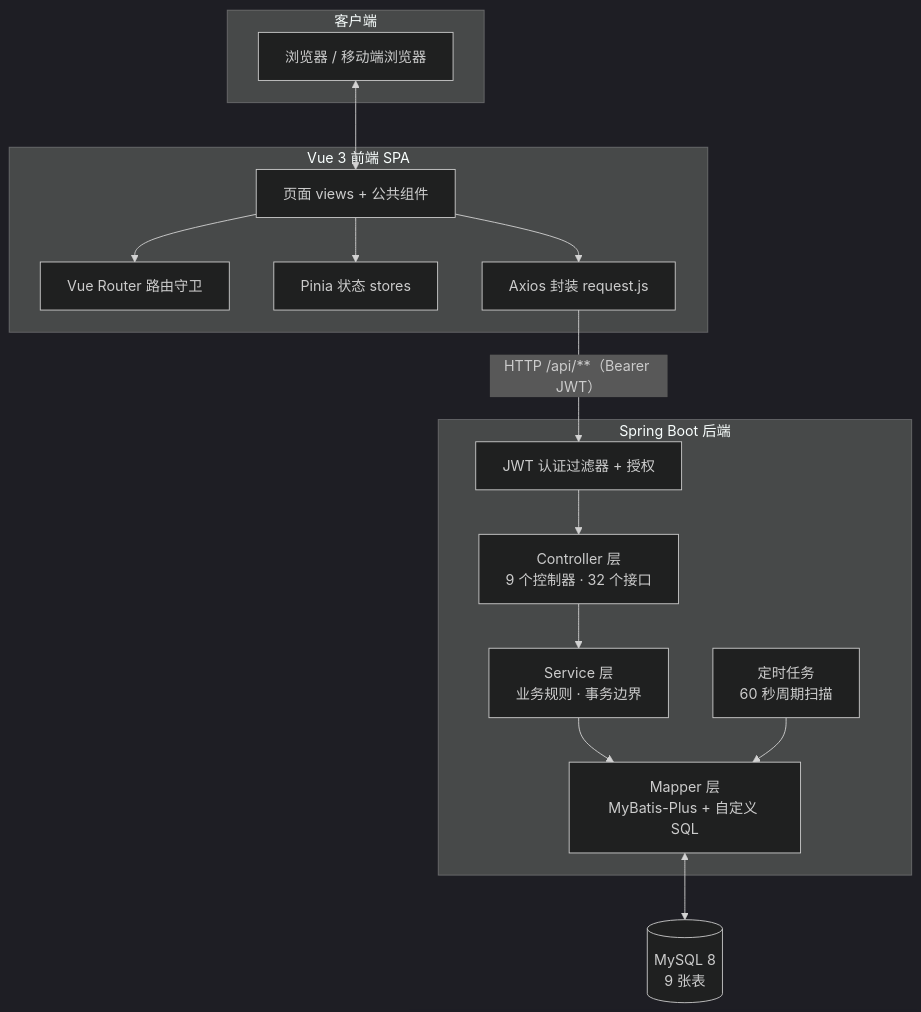
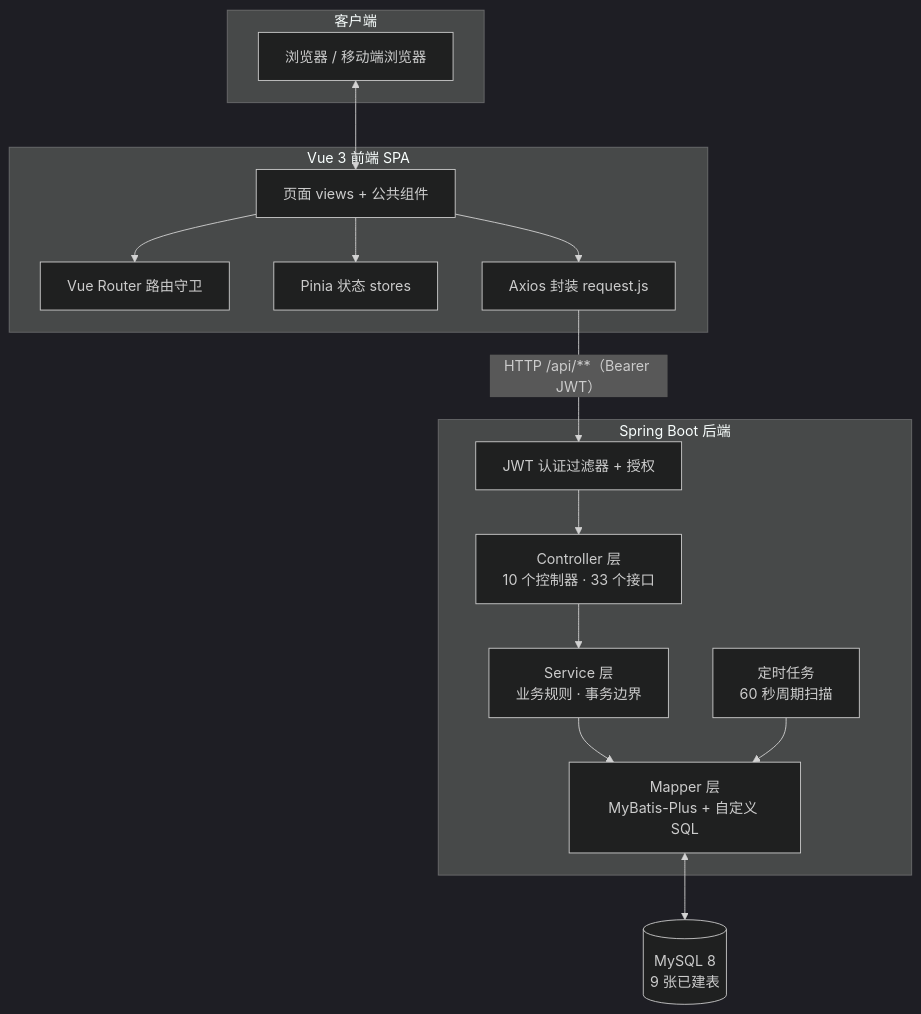
Before and after one commit to KeepRising-l/FreshCommunity: the first of 8 diagrams in docs/design-document.md, drawn with Mermaid (dark theme). The commit also changed other lines of this file and 28 other files, not shown here.

````diff
--- a/docs/design-document.md
+++ b/docs/design-document.md
@@ -59,32 +59,32 @@
 ```mermaid
 flowchart TB
     subgraph CLIENT[客户端]
         BR[浏览器 / 移动端浏览器]
     end
 
     subgraph FE[Vue 3 前端 SPA]
         VIEW[页面 views + 公共组件]
         ROUTER[Vue Router 路由守卫]
         PINIA[Pinia 状态 stores]
         AXIOS[Axios 封装 request.js]
     end
 
     subgraph BE[Spring Boot 后端]
         SEC[JWT 认证过滤器 + 授权]
-        CTL[Controller 层<br/>9 个控制器 · 32 个接口]
+        CTL[Controller 层<br/>10 个控制器 · 33 个接口]
         SVC[Service 层<br/>业务规则 · 事务边界]
         MAP[Mapper 层<br/>MyBatis-Plus + 自定义 SQL]
         JOB[定时任务<br/>60 秒周期扫描]
     end
 
-    DB[(MySQL 8<br/>9 张表)]
+    DB[(MySQL 8<br/>9 张已建表)]
 
     BR <--> VIEW
     VIEW --> ROUTER
     VIEW --> PINIA
     VIEW --> AXIOS
     AXIOS -->|"HTTP /api/**（Bearer JWT）"| SEC
     SEC --> CTL --> SVC --> MAP
     JOB --> MAP
     MAP <--> DB
 ```
````
